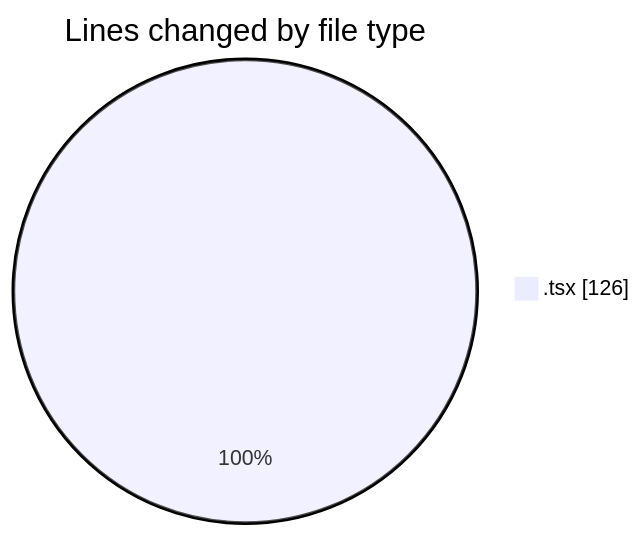
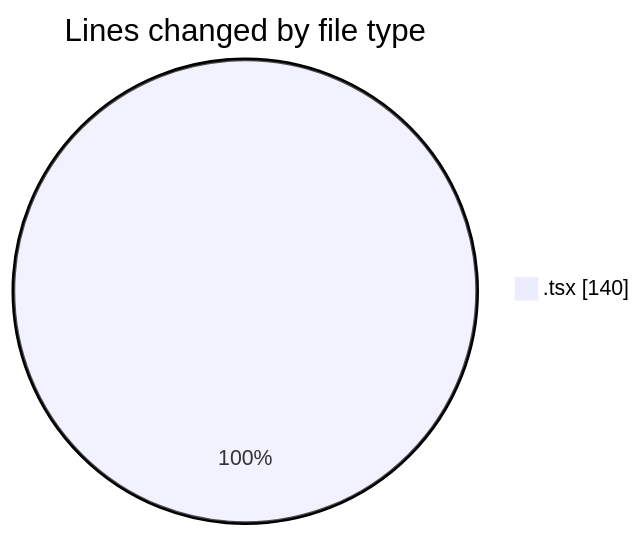
One commit to momahboobian/code-tracking changed the first of 2 diagrams in 2025-06-17/cda/README.md. Above: the diagram before and after it, drawn with Mermaid. The commit also changed other lines of this file and 1 other file, not shown here.

````diff
--- a/2025-06-17/cda/README.md
+++ b/2025-06-17/cda/README.md
@@ -21,5 +21,5 @@
 ```mermaid
 pie showData
 title Lines changed by file type
-".tsx" : 126
+".tsx" : 140
 ```
````
